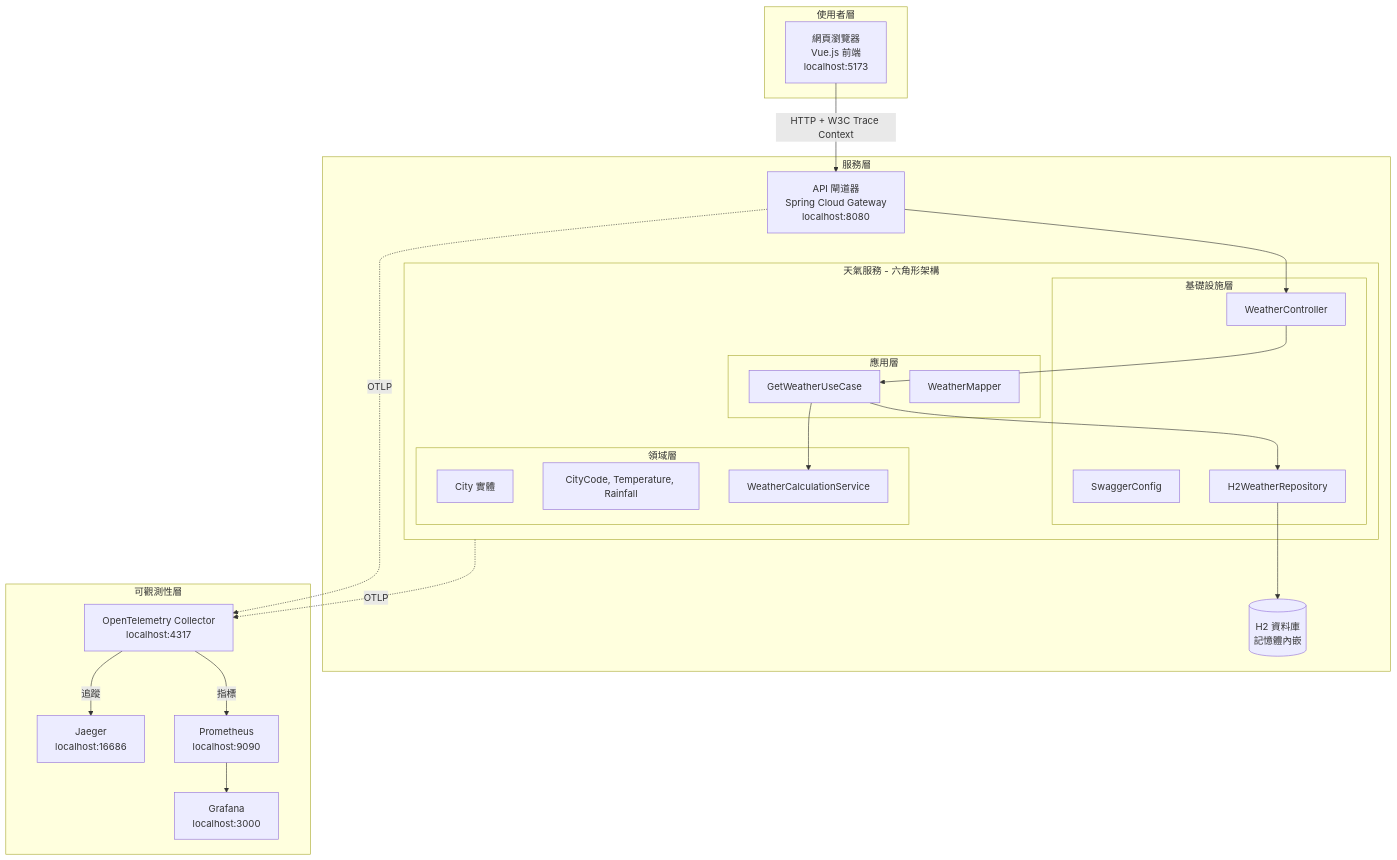
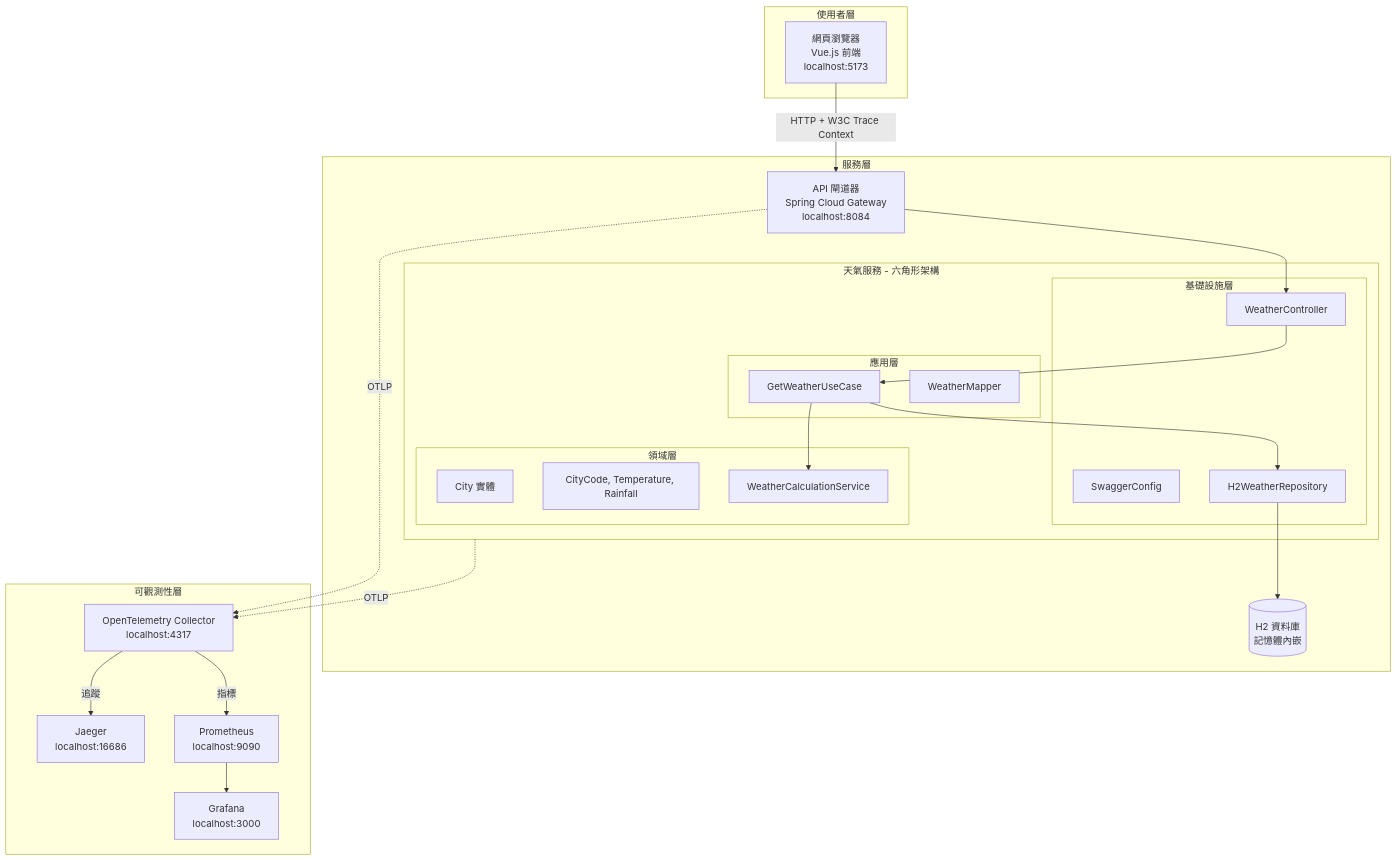
The third of 10 diagrams in README.md (ChunPingWang/tracing-microservices-poc), drawn with Mermaid before and after one commit. The commit also changed other lines of this file and 4 other files, not shown here.

````diff
--- a/README.md
+++ b/README.md
@@ -415,51 +415,51 @@
 ```mermaid
 flowchart TB
     subgraph 使用者層
         Browser[網頁瀏覽器<br/>Vue.js 前端<br/>localhost:5173]
     end
 
     subgraph 服務層
-        Gateway[API 閘道器<br/>Spring Cloud Gateway<br/>localhost:8080]
+        Gateway[API 閘道器<br/>Spring Cloud Gateway<br/>localhost:8084]
 
         subgraph WeatherService[天氣服務 - 六角形架構]
             subgraph Infrastructure[基礎設施層]
                 Controller[WeatherController]
                 SwaggerConfig[SwaggerConfig]
                 H2Adapter[H2WeatherRepository]
             end
 
             subgraph Application[應用層]
                 UseCase[GetWeatherUseCase]
                 Mapper[WeatherMapper]
             end
 
             subgraph Domain[領域層]
                 Entity[City 實體]
                 ValueObjects[CityCode, Temperature, Rainfall]
                 DomainService[WeatherCalculationService]
             end
         end
 
         H2[(H2 資料庫<br/>記憶體內嵌)]
     end
 
     subgraph 可觀測性層
         OTelCollector[OpenTelemetry Collector<br/>localhost:4317]
         Jaeger[Jaeger<br/>localhost:16686]
         Prometheus[Prometheus<br/>localhost:9090]
         Grafana[Grafana<br/>localhost:3000]
     end
 
     Browser -->|HTTP + W3C Trace Context| Gateway
     Gateway --> Controller
     Controller --> UseCase
     UseCase --> DomainService
     UseCase --> H2Adapter
     H2Adapter --> H2
 
     WeatherService -.->|OTLP| OTelCollector
     Gateway -.->|OTLP| OTelCollector
     OTelCollector -->|追蹤| Jaeger
     OTelCollector -->|指標| Prometheus
     Prometheus --> Grafana
 ```
````
